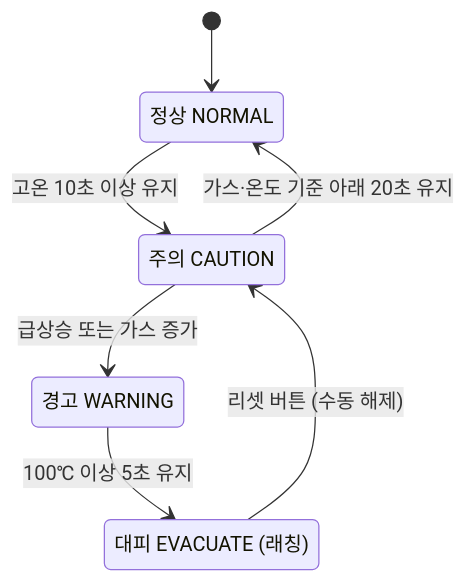
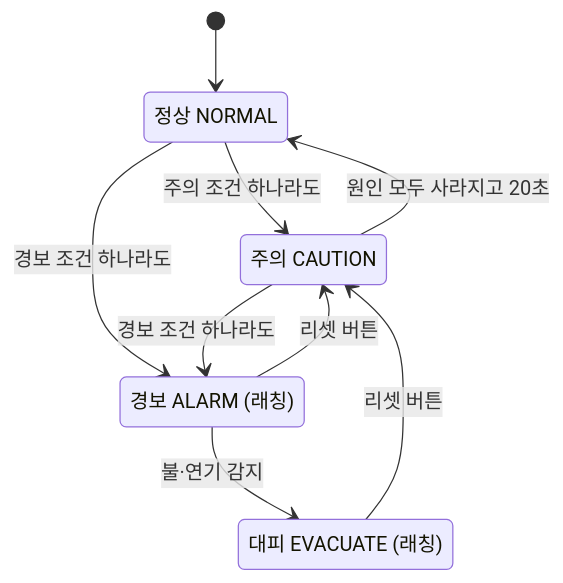
One commit to HD-OndeviceAI-proj1-team2/team2 changed the diagram in docs/02-state-machine.md. Above: the diagram before and after it, drawn with Mermaid. The commit also changed other lines of this file and 2 other files, not shown here.

````diff
--- a/docs/02-state-machine.md
+++ b/docs/02-state-machine.md
@@ -16,14 +16,16 @@
 ```mermaid
 stateDiagram-v2
     state "정상 NORMAL" as NORMAL
     state "주의 CAUTION" as CAUTION
-    state "경고 WARNING" as WARNING
+    state "경보 ALARM (래칭)" as ALARM
     state "대피 EVACUATE (래칭)" as EVACUATE
 
     [*] --> NORMAL
-    NORMAL --> CAUTION: 고온 10초 이상 유지
-    CAUTION --> WARNING: 급상승 또는 가스 증가
-    WARNING --> EVACUATE: 100℃ 이상 5초 유지
-    EVACUATE --> CAUTION: 리셋 버튼 (수동 해제)
-    CAUTION --> NORMAL: 가스·온도 기준 아래 20초 유지
+    NORMAL --> CAUTION: 주의 조건 하나라도
+    NORMAL --> ALARM: 경보 조건 하나라도
+    CAUTION --> ALARM: 경보 조건 하나라도
+    ALARM --> EVACUATE: 불·연기 감지
+    ALARM --> CAUTION: 리셋 버튼
+    EVACUATE --> CAUTION: 리셋 버튼
+    CAUTION --> NORMAL: 원인 모두 사라지고 20초
 ```
````
